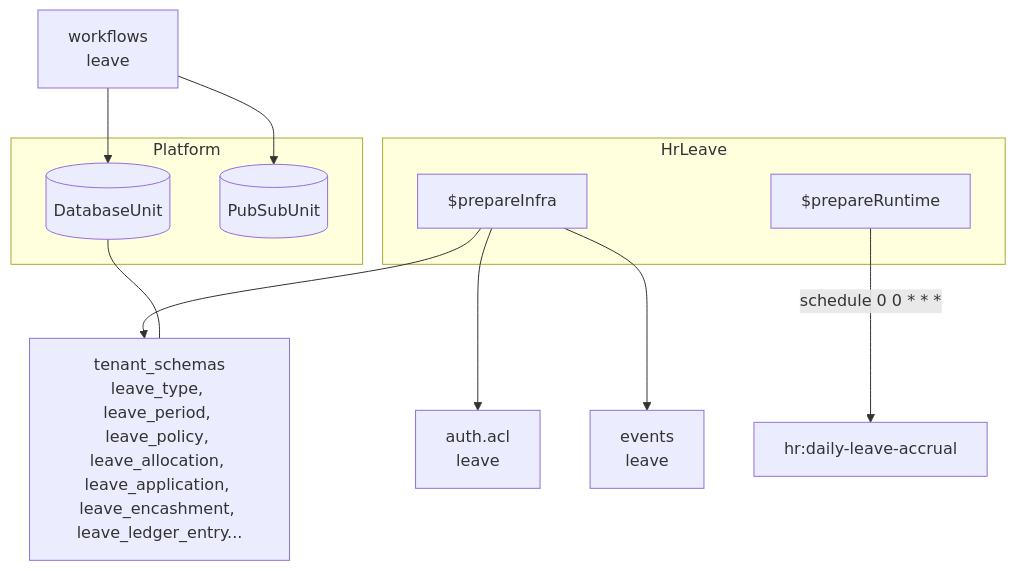
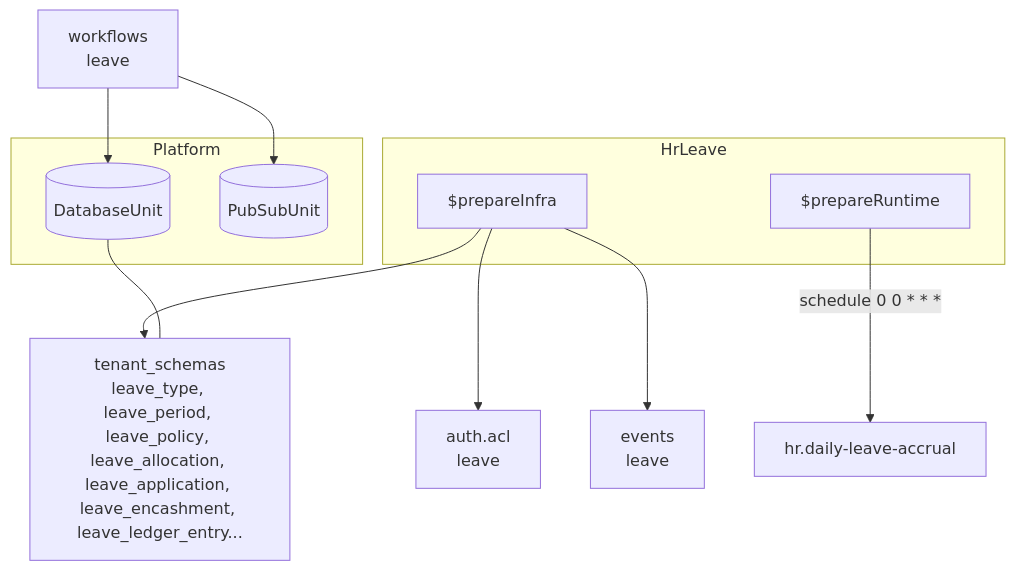
The first of 2 diagrams in packages/hr-leave/docs/overview.mdx (AdityaBorkar/aspen-os), drawn with Mermaid before and after one commit. The commit also changed other lines of this file and 107 other files, not shown here.

````diff
--- a/packages/hr-leave/docs/overview.mdx
+++ b/packages/hr-leave/docs/overview.mdx
@@ -40,22 +40,22 @@
 ```mermaid
 flowchart TB
   subgraph platform[Platform]
     DB[(DatabaseUnit)]
     PS[(PubSubUnit)]
   end
 
   subgraph hrLeave[HrLeave]
     PI[$prepareInfra]
     PR[$prepareRuntime]
   end
 
   PI --> ACL[auth.acl\nleave]
   PI --> TS[tenant_schemas\nleave_type, leave_period, leave_policy, leave_allocation, leave_application, leave_encashment, leave_ledger_entry...]
   PI --> EV[events\nleave]
 
-  PR -->|schedule 0 0 * * *| CRON[hr:daily-leave-accrual]
+  PR -->|schedule 0 0 * * *| CRON[hr.daily-leave-accrual]
 
   WF[workflows\nleave] --> DB
   WF --> PS
   DB --- TS
 ```
````
